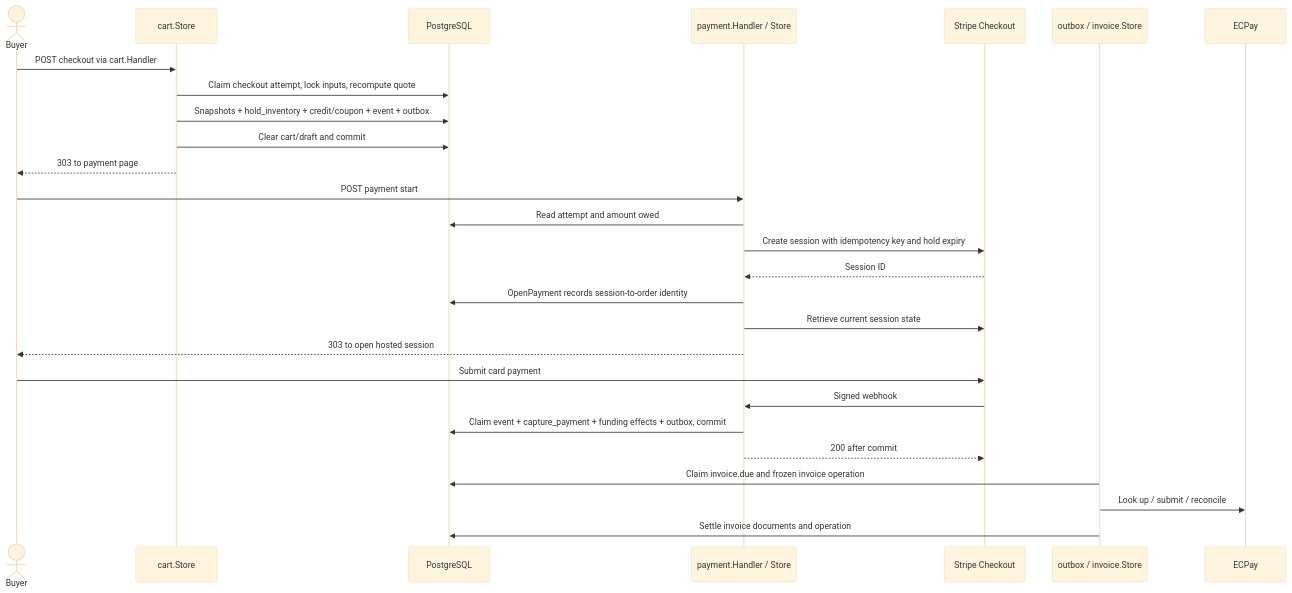
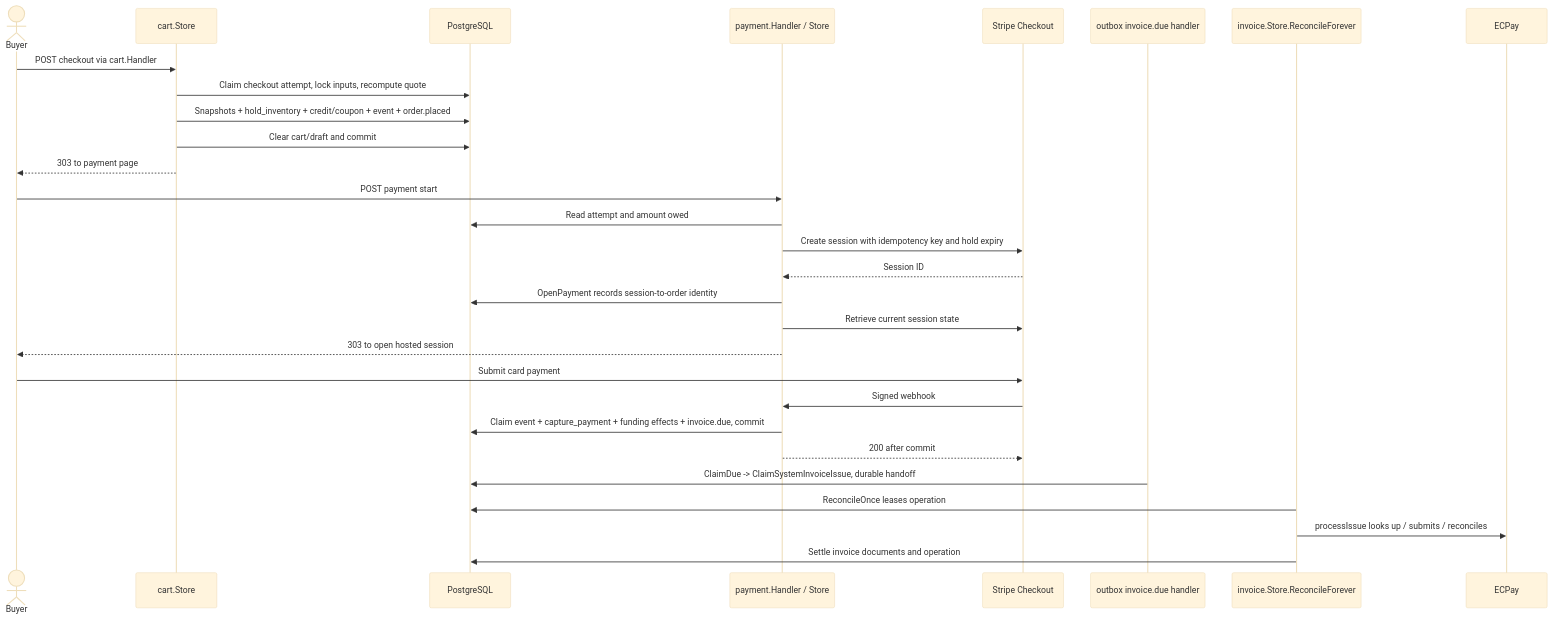
One commit to Koopa0/goen changed the sixth of 9 diagrams in ARCHITECTURE.md. Above: the diagram before and after it, drawn with Mermaid (base theme). The commit also changed other lines of this file, not shown here.

Commit message:
docs: clarify architecture boundaries and flows

````diff
--- a/ARCHITECTURE.md
+++ b/ARCHITECTURE.md
@@ -262,29 +284,31 @@
 ```mermaid
 sequenceDiagram
     actor Buyer
     participant Cart as cart.Store
     participant DB as PostgreSQL
     participant Pay as payment.Handler / Store
     participant Stripe as Stripe Checkout
-    participant Work as outbox / invoice.Store
+    participant Outbox as outbox invoice.due handler
+    participant Reconciler as invoice.Store.ReconcileForever
     participant ECPay
     Buyer->>Cart: POST checkout via cart.Handler
     Cart->>DB: Claim checkout attempt, lock inputs, recompute quote
-    Cart->>DB: Snapshots + hold_inventory + credit/coupon + event + outbox
+    Cart->>DB: Snapshots + hold_inventory + credit/coupon + event + order.placed
     Cart->>DB: Clear cart/draft and commit
     Cart-->>Buyer: 303 to payment page
     Buyer->>Pay: POST payment start
     Pay->>DB: Read attempt and amount owed
     Pay->>Stripe: Create session with idempotency key and hold expiry
     Stripe-->>Pay: Session ID
     Pay->>DB: OpenPayment records session-to-order identity
     Pay->>Stripe: Retrieve current session state
     Pay-->>Buyer: 303 to open hosted session
     Buyer->>Stripe: Submit card payment
     Stripe->>Pay: Signed webhook
-    Pay->>DB: Claim event + capture_payment + funding effects + outbox, commit
+    Pay->>DB: Claim event + capture_payment + funding effects + invoice.due, commit
     Pay-->>Stripe: 200 after commit
-    Work->>DB: Claim invoice.due and frozen invoice operation
-    Work->>ECPay: Look up / submit / reconcile
-    Work->>DB: Settle invoice documents and operation
+    Outbox->>DB: ClaimDue -> ClaimSystemInvoiceIssue, durable handoff
+    Reconciler->>DB: ReconcileOnce leases operation
+    Reconciler->>ECPay: processIssue looks up / submits / reconciles
+    Reconciler->>DB: Settle invoice documents and operation
 ```
````
